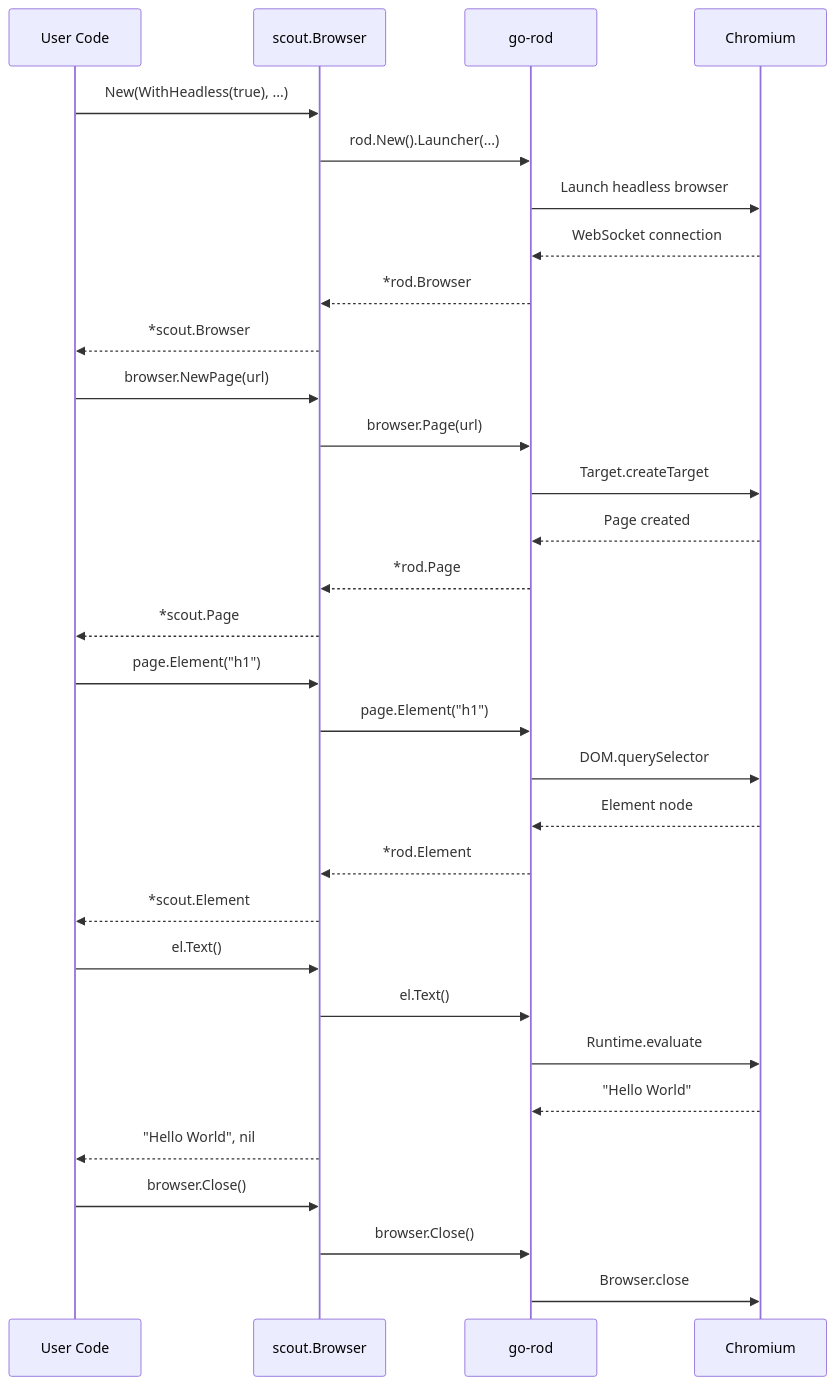
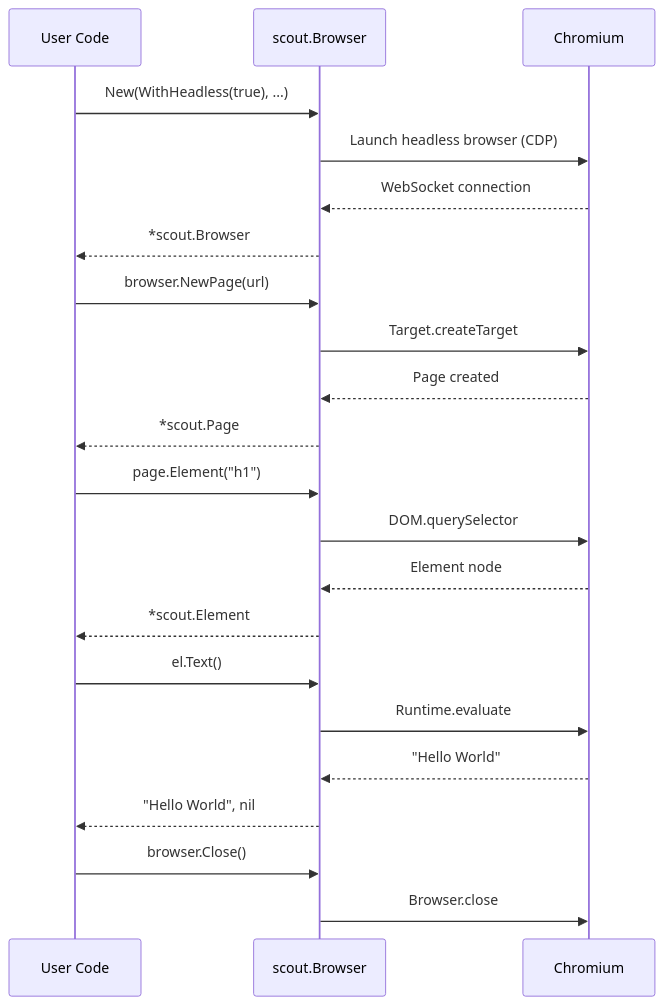
One commit to inovacc/scout changed the second of 8 diagrams in docs/ARCHITECTURE.md. Above: the diagram before and after it, drawn with Mermaid. The commit also changed other lines of this file and 3 other files, not shown here.

````diff
--- a/docs/ARCHITECTURE.md
+++ b/docs/ARCHITECTURE.md
@@ -123,38 +121,29 @@
 ```mermaid
 sequenceDiagram
     participant User as User Code
     participant Scout as scout.Browser
-    participant Rod as go-rod
     participant Chrome as Chromium
 
     User->>Scout: New(WithHeadless(true), ...)
-    Scout->>Rod: rod.New().Launcher(...)
-    Rod->>Chrome: Launch headless browser
-    Chrome-->>Rod: WebSocket connection
-    Rod-->>Scout: *rod.Browser
+    Scout->>Chrome: Launch headless browser (CDP)
+    Chrome-->>Scout: WebSocket connection
     Scout-->>User: *scout.Browser
 
     User->>Scout: browser.NewPage(url)
-    Scout->>Rod: browser.Page(url)
-    Rod->>Chrome: Target.createTarget
-    Chrome-->>Rod: Page created
-    Rod-->>Scout: *rod.Page
+    Scout->>Chrome: Target.createTarget
+    Chrome-->>Scout: Page created
     Scout-->>User: *scout.Page
 
     User->>Scout: page.Element("h1")
-    Scout->>Rod: page.Element("h1")
-    Rod->>Chrome: DOM.querySelector
-    Chrome-->>Rod: Element node
-    Rod-->>Scout: *rod.Element
+    Scout->>Chrome: DOM.querySelector
+    Chrome-->>Scout: Element node
     Scout-->>User: *scout.Element
 
     User->>Scout: el.Text()
-    Scout->>Rod: el.Text()
-    Rod->>Chrome: Runtime.evaluate
-    Chrome-->>Rod: "Hello World"
+    Scout->>Chrome: Runtime.evaluate
+    Chrome-->>Scout: "Hello World"
     Scout-->>User: "Hello World", nil
 
     User->>Scout: browser.Close()
-    Scout->>Rod: browser.Close()
-    Rod->>Chrome: Browser.close
+    Scout->>Chrome: Browser.close
 ```
````
